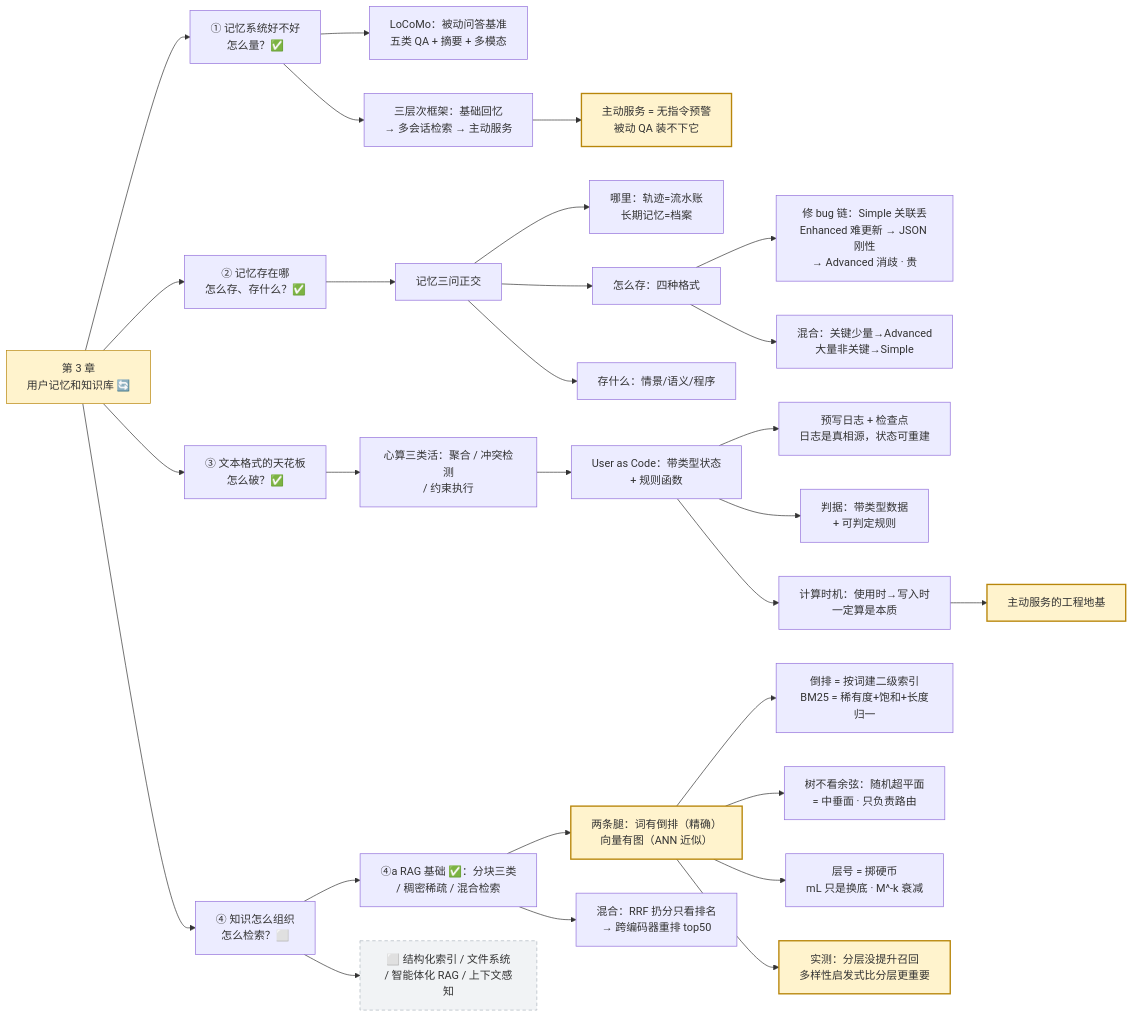
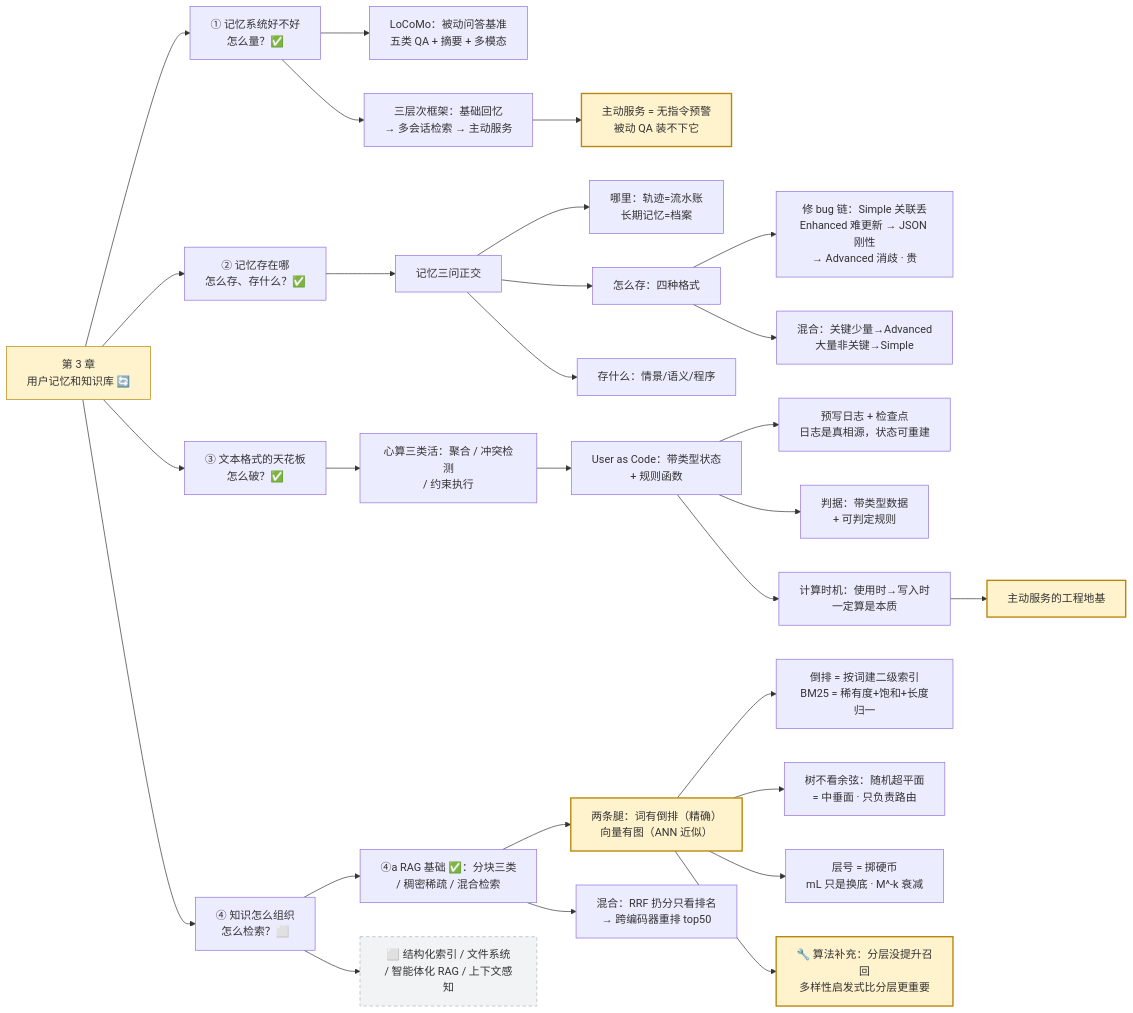
The fourth of 4 diagrams in source/agent-book/index.md (dongxuanmang/dongxuanmang.github.io), drawn with Mermaid before and after one commit. The commit also changed other lines of this file and 3 other files, not shown here.

```diff
--- a/source/agent-book/index.md
+++ b/source/agent-book/index.md
@@ -153,42 +153,42 @@
 {% mermaid %}
 graph LR
     CH3["第 3 章<br/>用户记忆和知识库 🔄"] --> Q1["① 记忆系统好不好<br/>怎么量？✅"]
     CH3 --> Q2["② 记忆存在哪<br/>怎么存、存什么？✅"]
     CH3 --> Q3["③ 文本格式的天花板<br/>怎么破？✅"]
     CH3 --> Q4["④ 知识怎么组织<br/>怎么检索？⬜"]
 
     Q1 --> A1["LoCoMo：被动问答基准<br/>五类 QA + 摘要 + 多模态"]
     Q1 --> A2["三层次框架：基础回忆<br/>→ 多会话检索 → 主动服务"]
     A2 --> A3["主动服务 = 无指令预警<br/>被动 QA 装不下它"]
 
     Q2 --> B1["记忆三问正交"]
     B1 --> B11["哪里：轨迹=流水账<br/>长期记忆=档案"]
     B1 --> B12["怎么存：四种格式"]
     B1 --> B13["存什么：情景/语义/程序"]
     B12 --> B14["修 bug 链：Simple 关联丢<br/>Enhanced 难更新 → JSON 刚性<br/>→ Advanced 消歧 · 贵"]
     B12 --> B15["混合：关键少量→Advanced<br/>大量非关键→Simple"]
 
     Q3 --> C1["心算三类活：聚合 / 冲突检测<br/>/ 约束执行"]
     C1 --> C2["User as Code：带类型状态<br/>+ 规则函数"]
     C2 --> C3["预写日志 + 检查点<br/>日志是真相源，状态可重建"]
     C2 --> C4["判据：带类型数据<br/>+ 可判定规则"]
     C2 --> C5["计算时机：使用时→写入时<br/>一定算是本质"]
     C5 --> C6["主动服务的工程地基"]
 
     Q4 --> D1["④a RAG 基础 ✅：分块三类<br/>/ 稠密稀疏 / 混合检索"]
     Q4 --> D2["⬜ 结构化索引 / 文件系统<br/>/ 智能体化 RAG / 上下文感知"]
 
     D1 --> D11["两条腿：词有倒排（精确）<br/>向量有图（ANN 近似）"]
     D11 --> D12["倒排 = 按词建二级索引<br/>BM25 = 稀有度+饱和+长度归一"]
     D11 --> D13["树不看余弦：随机超平面<br/>= 中垂面 · 只负责路由"]
     D11 --> D15["层号 = 掷硬币<br/>mL 只是换底 · M^-k 衰减"]
-    D11 --> D16["实测：分层没提升召回<br/>多样性启发式比分层更重要"]
+    D11 --> D16["🔧 算法补充：分层没提升召回<br/>多样性启发式比分层更重要"]
     D1 --> D14["混合：RRF 扔分只看排名<br/>→ 跨编码器重排 top50"]
 
     style CH3 fill:#fff3cd,stroke:#b8860b
     style A3 fill:#fff3cd,stroke:#b8860b,stroke-width:2px
     style C6 fill:#fff3cd,stroke:#b8860b,stroke-width:2px
     style D11 fill:#fff3cd,stroke:#b8860b,stroke-width:2px
     style D16 fill:#fff3cd,stroke:#b8860b,stroke-width:2px
     style D2 fill:#f1f3f5,stroke:#adb5bd,stroke-dasharray:5 4
 {% endmermaid %}
```
